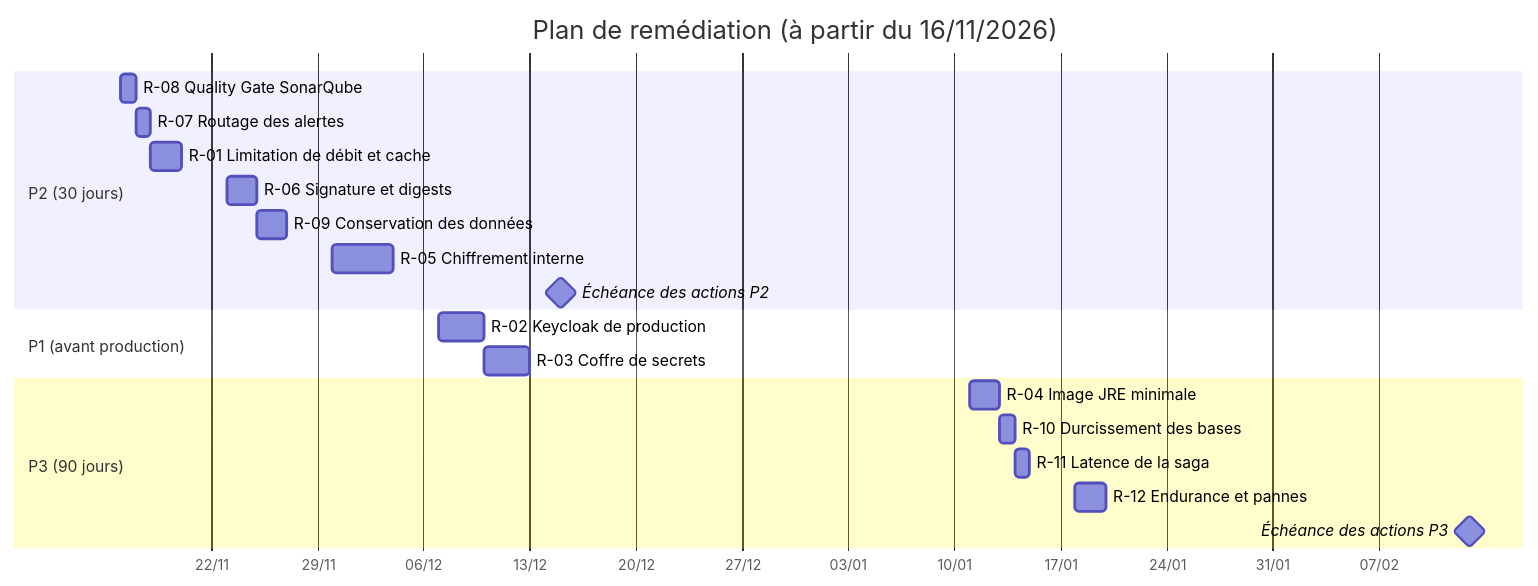
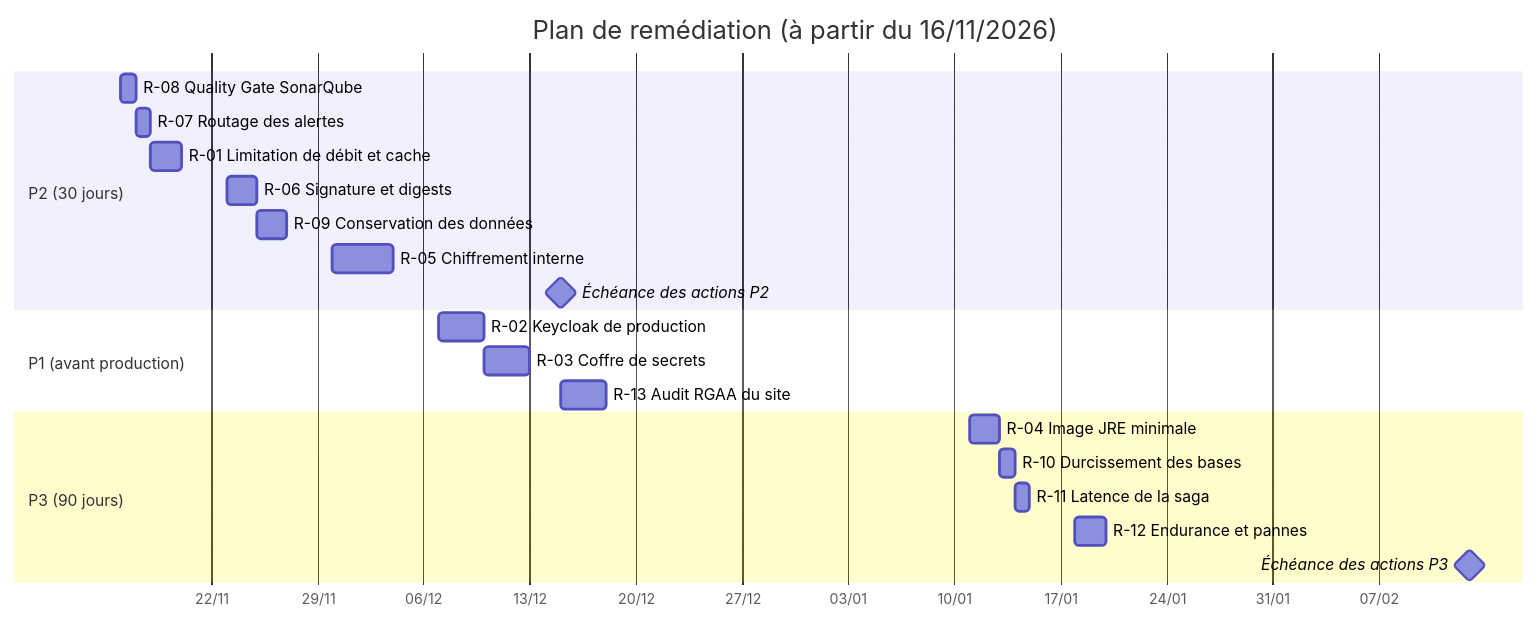
The diagram in docs/11-plan-remediation.md (mbanzaroger/petitemaisonepouvante), drawn with Mermaid before and after one commit. The commit also changed other lines of this file and 15 other files, not shown here.

First line of the commit message:
docs: ADR-002 révisé et documentation du site web (architecture, pipeline, tests, sécurité)

````diff
--- a/docs/11-plan-remediation.md
+++ b/docs/11-plan-remediation.md
@@ -44,23 +45,24 @@
 ```mermaid
 gantt
     title Plan de remédiation (à partir du 16/11/2026)
     dateFormat YYYY-MM-DD
     axisFormat %d/%m
     section P2 (30 jours)
     R-08 Quality Gate SonarQube            :r8, 2026-11-16, 1d
     R-07 Routage des alertes               :r7, 2026-11-17, 1d
     R-01 Limitation de débit et cache      :r1, 2026-11-18, 2d
     R-06 Signature et digests              :r6, 2026-11-23, 2d
     R-09 Conservation des données          :r9, 2026-11-25, 2d
     R-05 Chiffrement interne               :r5, 2026-11-30, 4d
     Échéance des actions P2                :milestone, 2026-12-15, 0d
     section P1 (avant production)
     R-02 Keycloak de production            :r2, 2026-12-07, 3d
     R-03 Coffre de secrets                 :r3, 2026-12-10, 3d
+    R-13 Audit RGAA du site                :r13, 2026-12-15, 3d
     section P3 (90 jours)
     R-04 Image JRE minimale                :r4, 2027-01-11, 2d
     R-10 Durcissement des bases            :r10, 2027-01-13, 1d
     R-11 Latence de la saga                :r11, 2027-01-14, 1d
     R-12 Endurance et pannes               :r12, 2027-01-18, 2d
     Échéance des actions P3                :milestone, 2027-02-13, 0d
 ```
````
